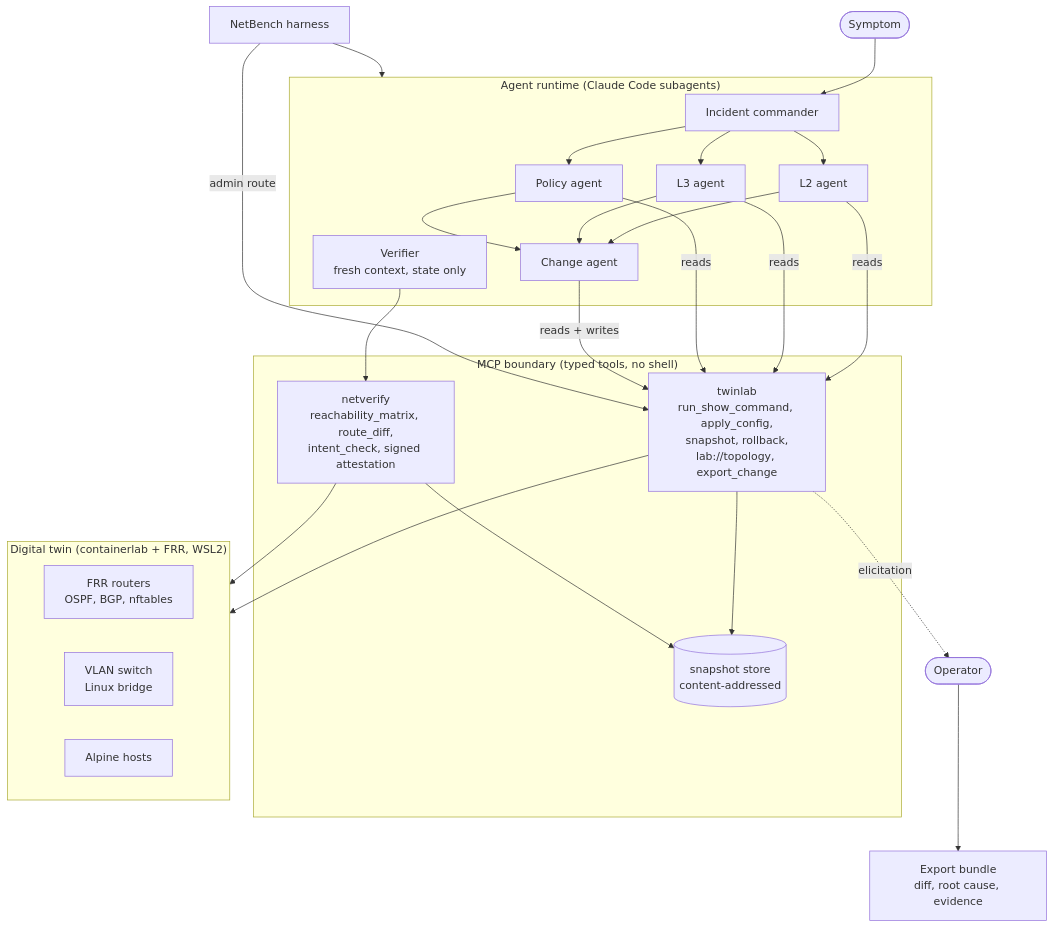
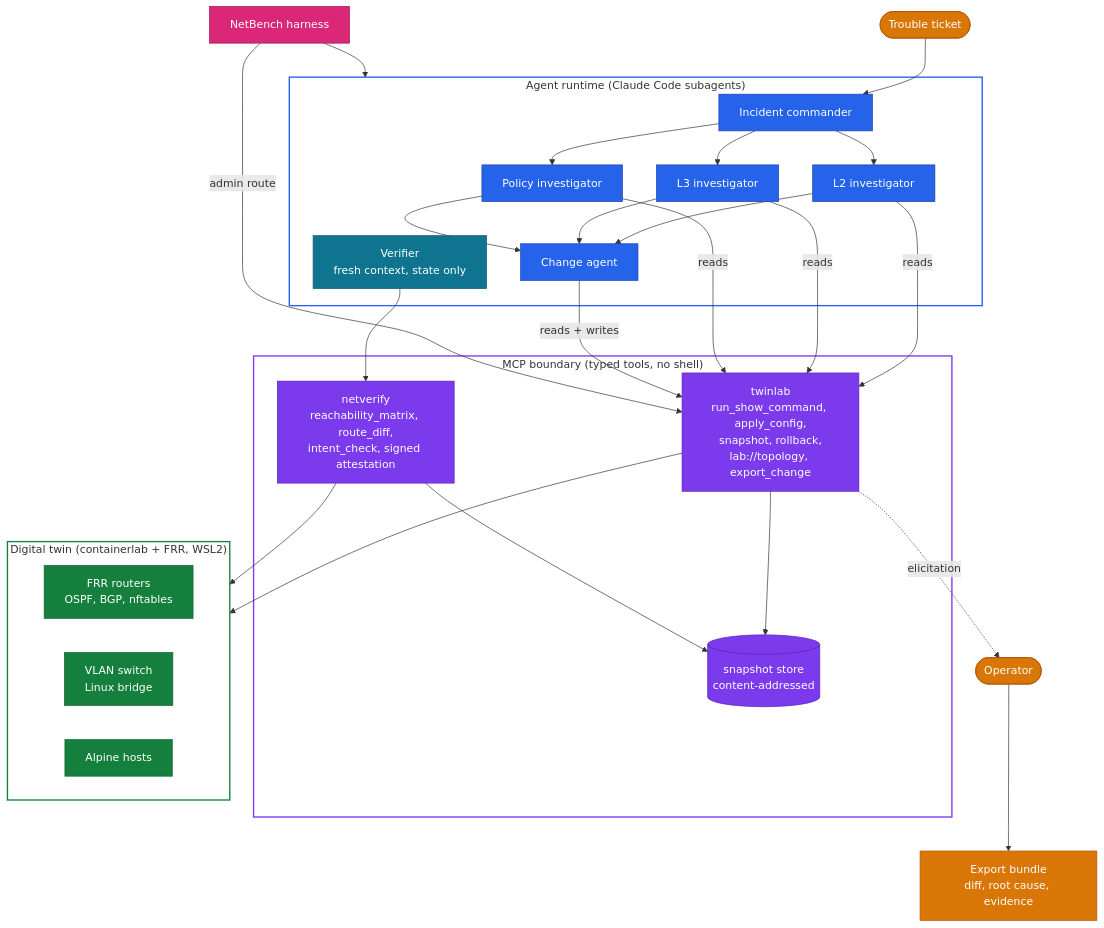
Before and after one commit to sramireddy2/NetTwin: the diagram in README.md, drawn with Mermaid. The commit also changed other lines of this file and 6 other files, not shown here.

````diff
--- a/README.md
+++ b/README.md
@@ -7,35 +40,51 @@
 ```mermaid
 flowchart TB
-  SYM([Symptom]) --> IC
+  SYM([Trouble ticket]) --> IC
   subgraph HOST["Agent runtime (Claude Code subagents)"]
     IC[Incident commander]
-    L2[L2 agent]
-    L3[L3 agent]
-    POL[Policy agent]
+    L2[L2 investigator]
+    L3[L3 investigator]
+    POL[Policy investigator]
     CA[Change agent]
     VER[Verifier<br/>fresh context, state only]
     IC --> L2 & L3 & POL
     L2 & L3 & POL --> CA
   end
   subgraph MCP["MCP boundary (typed tools, no shell)"]
     NL[twinlab<br/>run_show_command, apply_config,<br/>snapshot, rollback,<br/>lab://topology, export_change]
     NV[netverify<br/>reachability_matrix, route_diff,<br/>intent_check, signed attestation]
     SS[(snapshot store<br/>content-addressed)]
   end
   subgraph TWIN["Digital twin (containerlab + FRR, WSL2)"]
     FRR[FRR routers<br/>OSPF, BGP, nftables]
     SW[VLAN switch<br/>Linux bridge]
     H[Alpine hosts]
   end
   L2 & L3 & POL -->|reads| NL
   CA -->|reads + writes| NL
   VER --> NV
   NL --> SS
   NV --> SS
   NL --> TWIN
   NV --> TWIN
   NL -.->|elicitation| OP([Operator])
   OP --> EXP[Export bundle<br/>diff, root cause, evidence]
   NB[NetBench harness] -->|admin route| NL
   NB --> HOST
+
+  classDef agent fill:#2563eb,stroke:#1e40af,color:#ffffff
+  classDef verify fill:#0e7490,stroke:#155e75,color:#ffffff
+  classDef tool fill:#7c3aed,stroke:#5b21b6,color:#ffffff
+  classDef twin fill:#15803d,stroke:#166534,color:#ffffff
+  classDef human fill:#d97706,stroke:#b45309,color:#ffffff
+  classDef bench fill:#db2777,stroke:#9d174d,color:#ffffff
+  class IC,L2,L3,POL,CA agent
+  class VER verify
+  class NL,NV,SS tool
+  class FRR,SW,H twin
+  class SYM,OP,EXP human
+  class NB bench
+  style HOST fill:none,stroke:#2563eb,stroke-width:2px
+  style MCP fill:none,stroke:#7c3aed,stroke-width:2px
+  style TWIN fill:none,stroke:#15803d,stroke-width:2px
 ```
````
